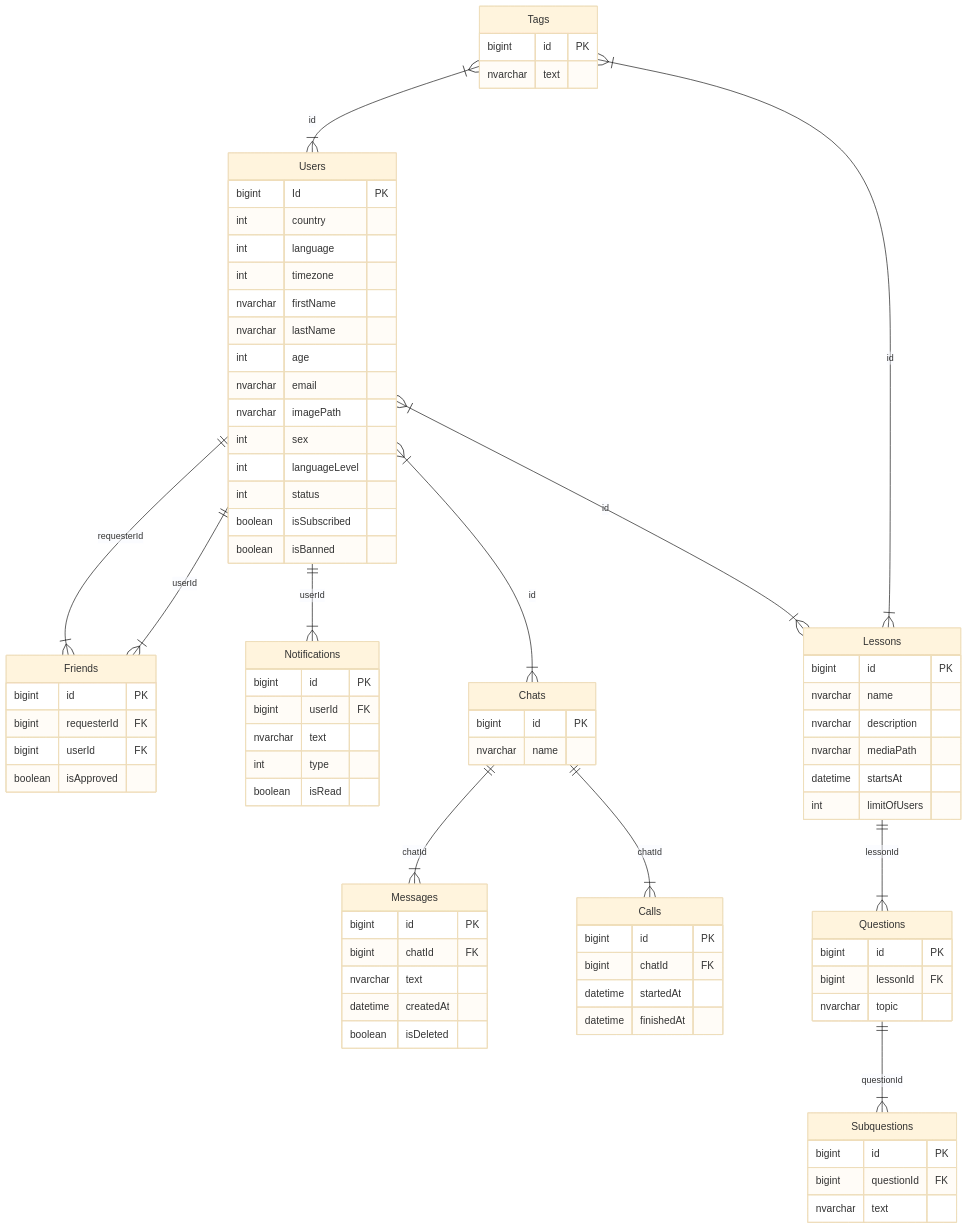
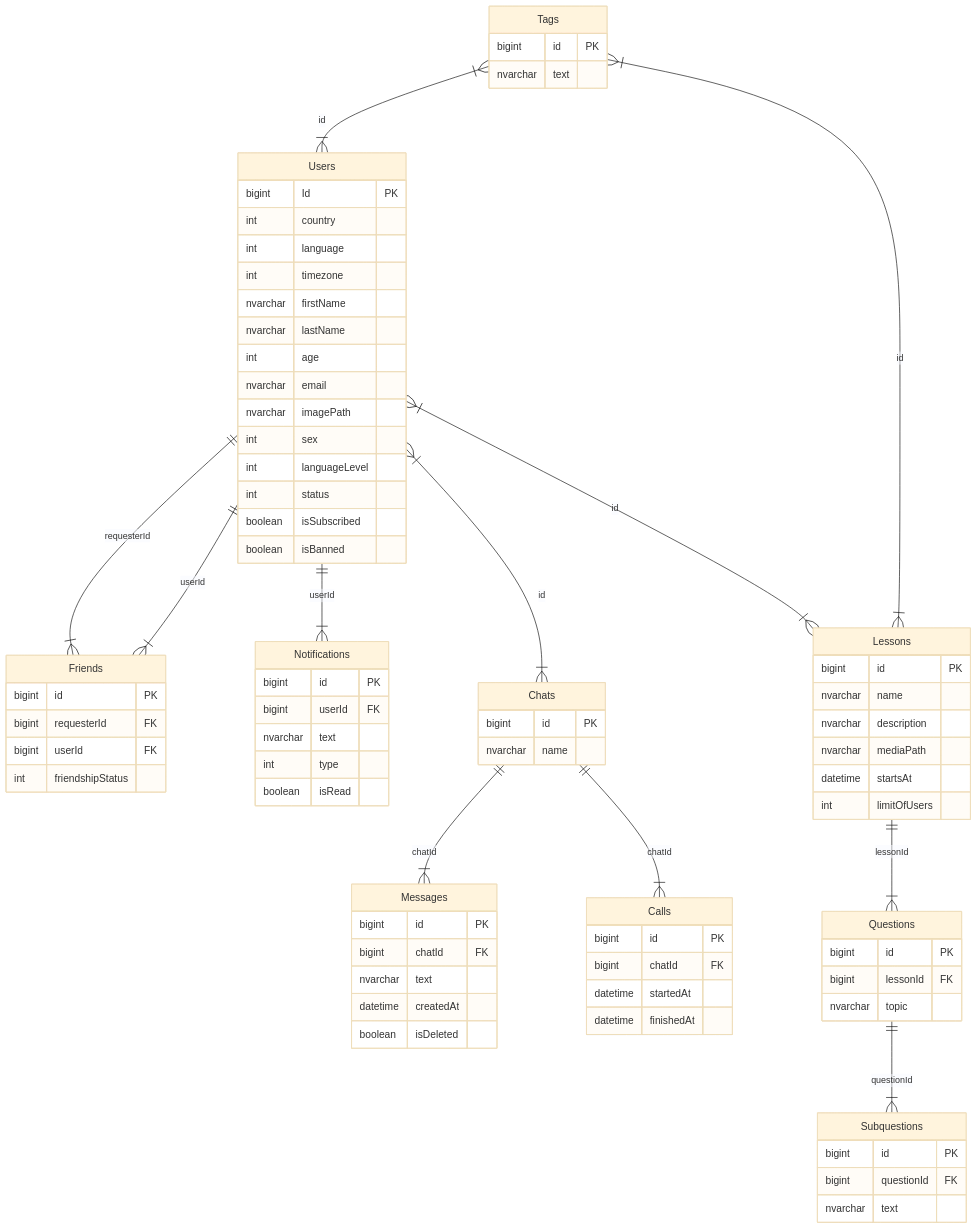
Before and after one commit to BinaryStudioAcademy/bsa-winter-2022-2023-easyspeak: the diagram in README.md, drawn with Mermaid (base theme).

Commit message:
changed friendship status from int to enum

```diff
--- a/README.md
+++ b/README.md
@@ -71,7 +71,7 @@
     bigint id PK
     bigint requesterId FK
     bigint userId FK
-    boolean isApproved
+    int friendshipStatus
   }
 
   Subquestions {
```
